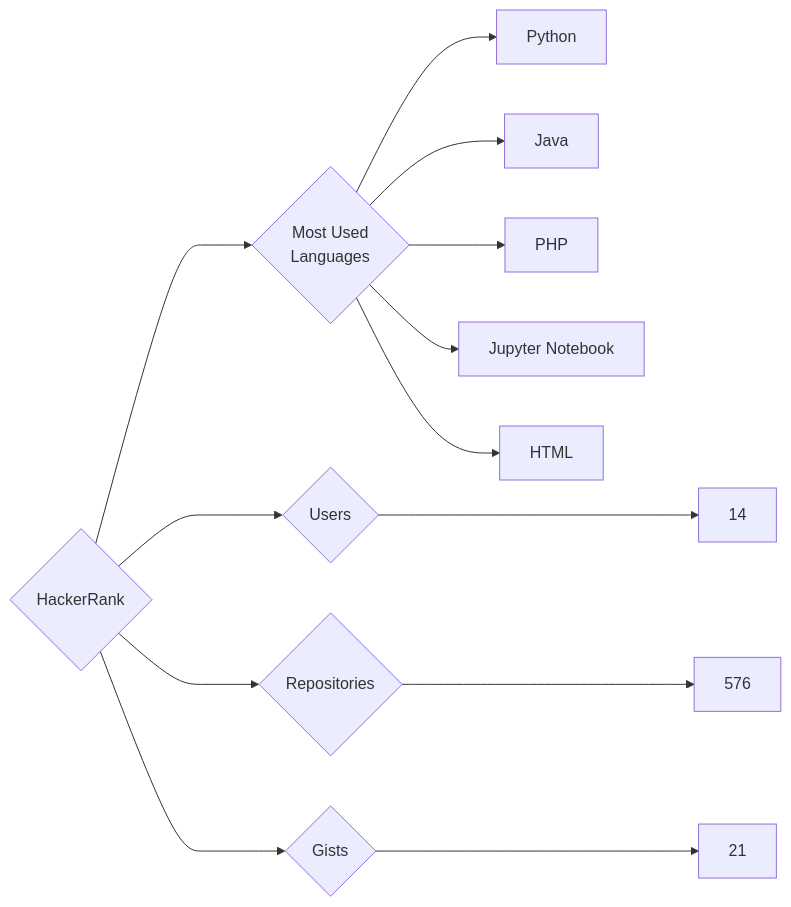
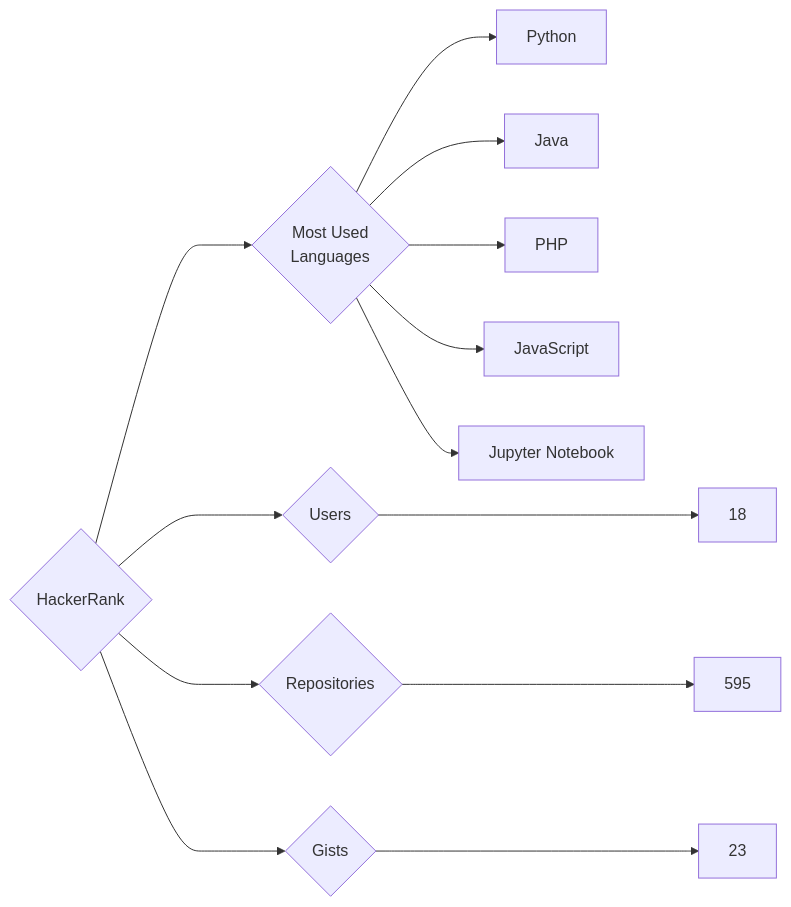
One commit to trickest/insiders changed the diagram in targets/HackerRank/README.md. Above: the diagram before and after it, drawn with Mermaid. The commit also changed 934 other files, not shown here.

````diff
--- a/targets/HackerRank/README.md
+++ b/targets/HackerRank/README.md
@@ -3,13 +3,13 @@
 ```mermaid
 graph LR
 COMPANY_NAME{HackerRank}
-COMPANY_NAME ---> U{Users} ---> UN[14]
-COMPANY_NAME ---> R{Repositories} ---> RN[576]
-COMPANY_NAME ---> G{Gists} ---> GN[21]
+COMPANY_NAME ---> U{Users} ---> UN[18]
+COMPANY_NAME ---> R{Repositories} ---> RN[595]
+COMPANY_NAME ---> G{Gists} ---> GN[23]
 COMPANY_NAME ---> ML{Most Used<br>Languages}
 ML --> Python[Python]
 ML --> Java[Java]
 ML --> PHP[PHP]
+ML --> JavaScript[JavaScript]
 ML --> Jupyter_Notebook[Jupyter Notebook]
-ML --> HTML[HTML]
 ```
````
